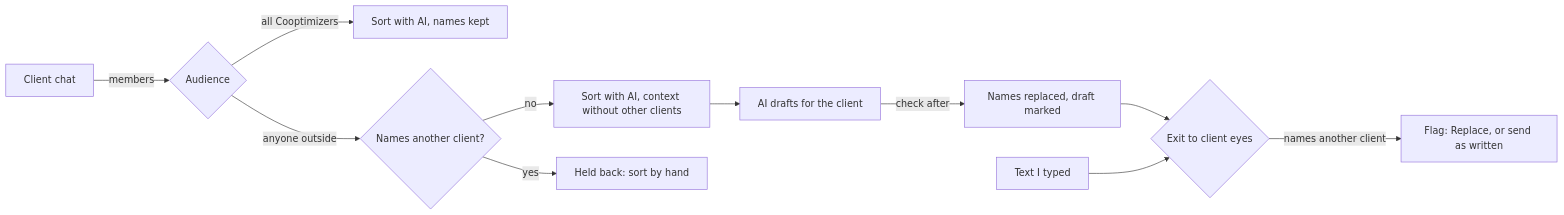
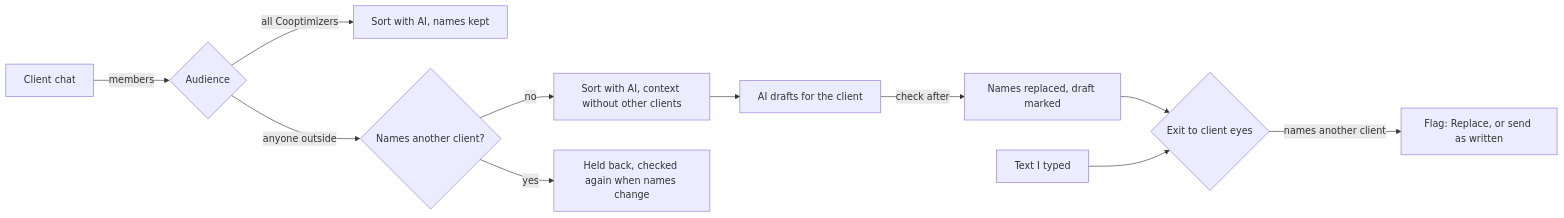
One commit to cooptimize/focustime changed the second of 2 diagrams in docs/technical/security.md. Above: the diagram before and after it, drawn with Mermaid. The commit also changed other lines of this file and 49 other files, not shown here.

````diff
--- a/docs/technical/security.md
+++ b/docs/technical/security.md
@@ -80,13 +80,13 @@
 ```mermaid
 flowchart LR
   C[Client chat] -->|members| A{Audience}
   A -->|all Cooptimizers| I[Sort with AI, names kept]
   A -->|anyone outside| M{Names another client?}
   M -->|no| S[Sort with AI, context without other clients]
-  M -->|yes| H[Held back: sort by hand]
+  M -->|yes| H[Held back, checked again when names change]
   S --> D[AI drafts for the client]
   D -->|check after| R[Names replaced, draft marked]
   R --> X{Exit to client eyes}
   T[Text I typed] --> X
   X -->|names another client| F[Flag: Replace, or send as written]
 ```
````
